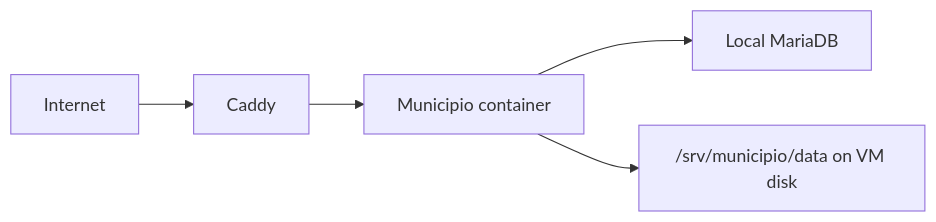
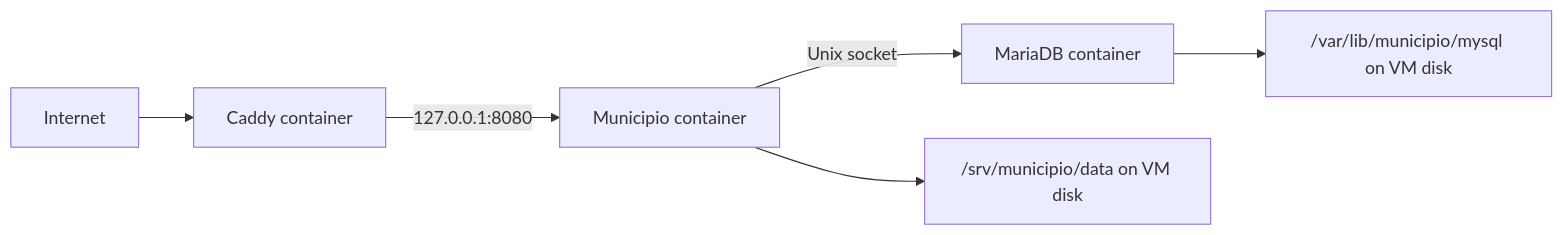
Before and after one commit to helsingborg-stad/env-municipio-docker-vm: the first of 2 diagrams in docs/architecture.md, drawn with Mermaid. The commit also changed other lines of this file and 39 other files, not shown here.

````diff
--- a/docs/architecture.md
+++ b/docs/architecture.md
@@ -9,7 +11,8 @@
 ```mermaid
 flowchart LR
-    internet["Internet"] --> caddy["Caddy"]
-    caddy --> app["Municipio container"]
-    app --> db["Local MariaDB"]
+    internet["Internet"] --> caddy["Caddy container"]
+    caddy -->|"127.0.0.1:8080"| app["Municipio container"]
+    app -->|"Unix socket"| db["MariaDB container"]
     app --> files["/srv/municipio/data on VM disk"]
+    db --> dbdata["/var/lib/municipio/mysql on VM disk"]
 ```
````
